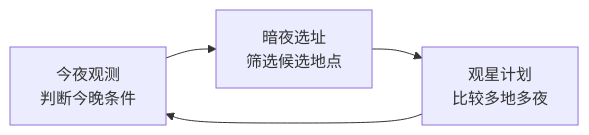
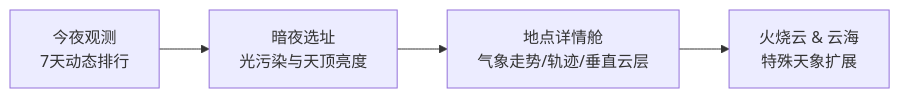
The first of 3 diagrams in README.md (Jovifei/Star_photo_addr), drawn with Mermaid before and after one commit. The commit also changed other lines of this file and 9 other files, not shown here.

Commit message:
feat: 观星计划全景深度图表整合至地点详情舱并精简顶栏导航 (v1.0.2)

````diff
--- a/README.md
+++ b/README.md
@@ -28,6 +29,6 @@
 ```mermaid
 flowchart LR
-    A[今夜观测<br/>判断今晚条件] --> B[暗夜选址<br/>筛选候选地点]
-    B --> C[观星计划<br/>比较多地多夜]
-    C --> A
+    A[今夜观测<br/>7天动态排行] --> B[暗夜选址<br/>光污染与天顶亮度]
+    B --> C[地点详情舱<br/>气象走势/轨迹/垂直云层]
+    C --> D[火烧云 & 云海<br/>特殊天象扩展]
 ```
````
